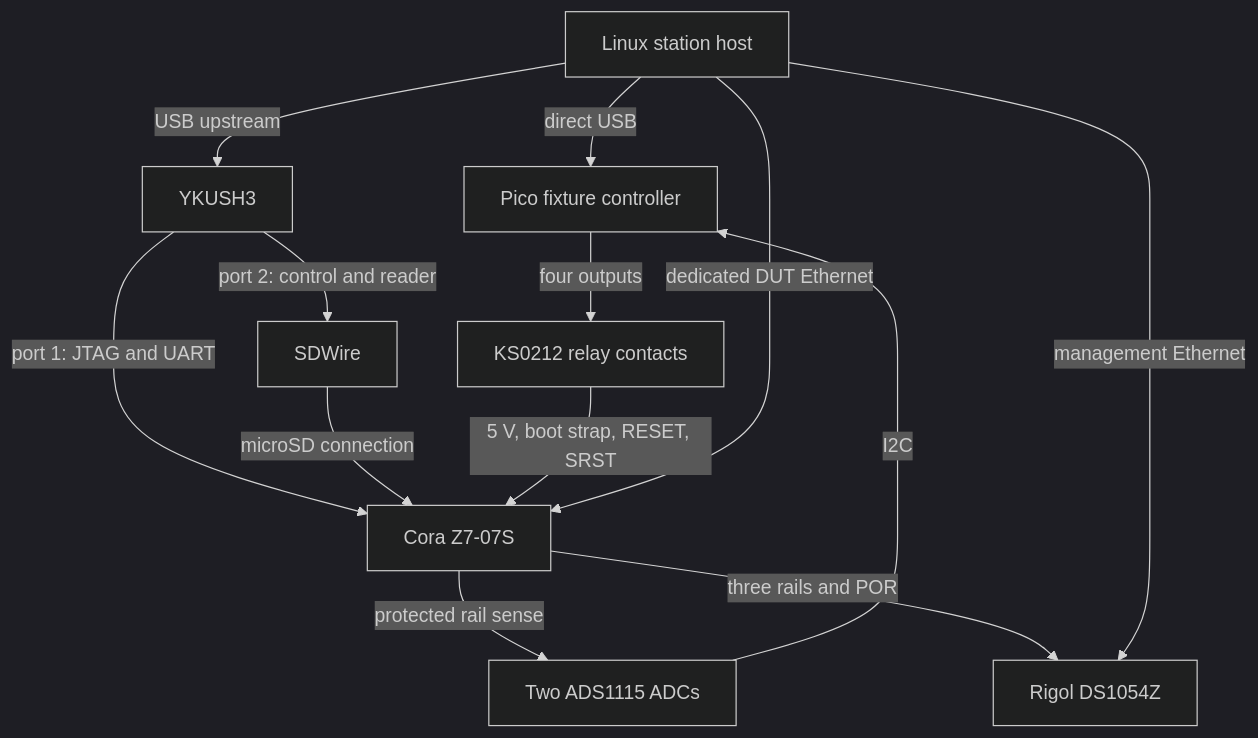
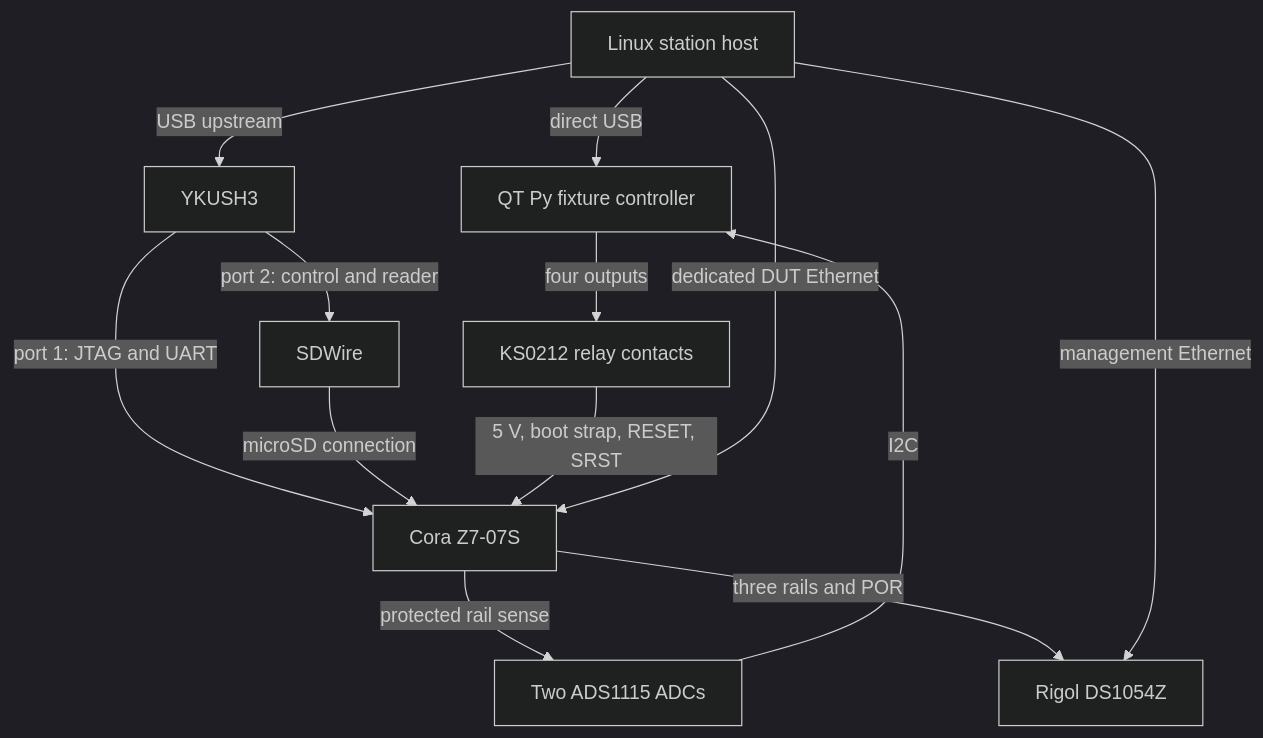
One commit to PseudoDesign/nixos-cora-z7 changed the diagram in station/README.md. Above: the diagram before and after it, drawn with Mermaid (dark theme). The commit also changed other lines of this file and 6 other files, not shown here.

````diff
--- a/station/README.md
+++ b/station/README.md
@@ -52,15 +51,15 @@
 ```mermaid
 flowchart TD
-    H["Linux station host"] -->|"direct USB"| C["Pico fixture controller"]
+    H["Linux station host"] -->|"direct USB"| C["QT Py fixture controller"]
     H -->|"USB upstream"| U["YKUSH3"]
     U -->|"port 1: JTAG and UART"| D["Cora Z7-07S"]
     U -->|"port 2: control and reader"| M["SDWire"]
     M -->|"microSD connection"| D
     C -->|"four outputs"| R["KS0212 relay contacts"]
     R -->|"5 V, boot strap, RESET, SRST"| D
     D -->|"protected rail sense"| A["Two ADS1115 ADCs"]
     A -->|"I2C"| C
     D -->|"three rails and POR"| S["Rigol DS1054Z"]
     H -->|"management Ethernet"| S
     H -->|"dedicated DUT Ethernet"| D
 ```
````
